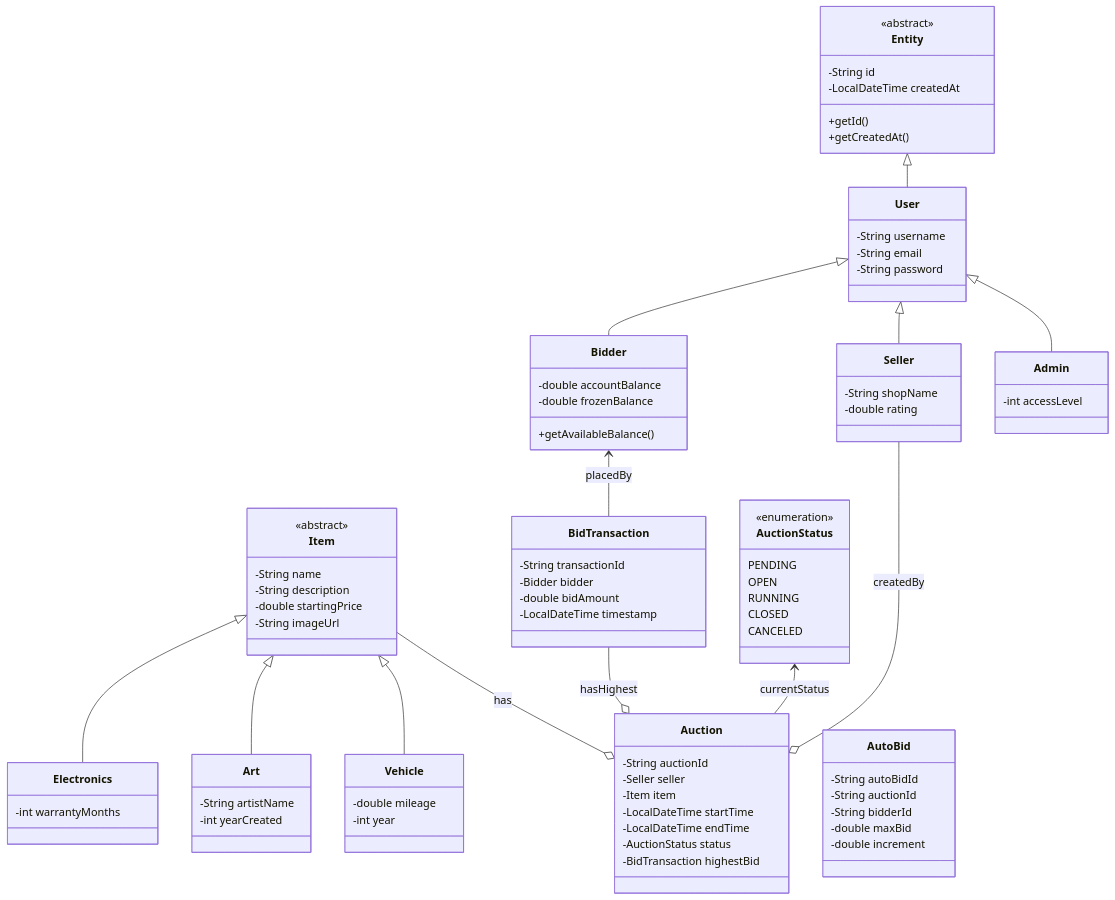
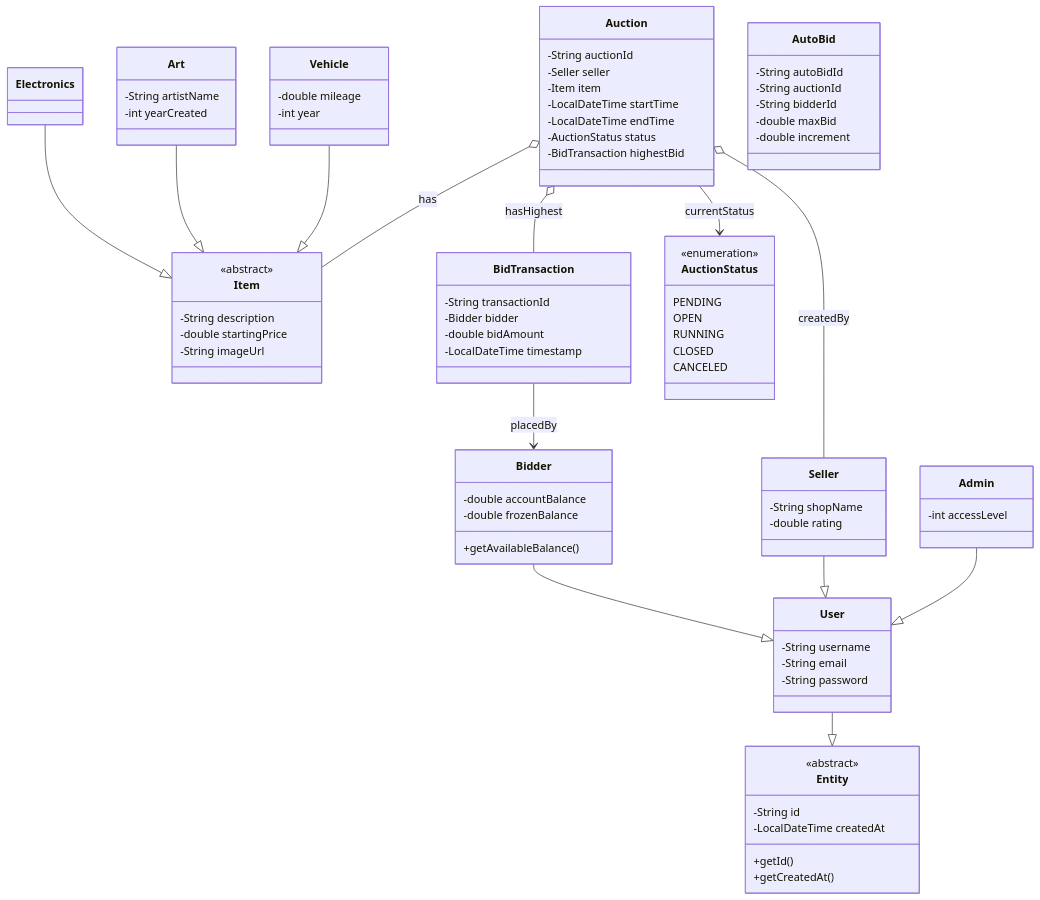
Before and after one commit to hninqk/BTLN4: the first of 3 diagrams in README.md, drawn with Mermaid. The commit also changed other lines of this file, not shown here.

First line of the commit message:
Polish README.md for improved clarity and flow

````diff
--- a/README.md
+++ b/README.md
@@ -106,7 +106,5 @@
 ```mermaid
 classDiagram
-direction BT
-
 %% Thực thể Cốt Lõi
 class Entity {
   <<abstract>>
@@ -145,14 +143,11 @@
 %% Sản phẩm (Kế thừa Item & Factory Pattern)
 class Item {
   <<abstract>>
-  -String name
   -String description
   -double startingPrice
   -String imageUrl
 }
-
 class Electronics {
-  -int warrantyMonths
 }
 
 class Art {
@@ -203,7 +198,6 @@
   CLOSED
   CANCELED
 }
-
 Auction o-- Item : has
 Auction o-- Seller : createdBy
 Auction o-- BidTransaction : hasHighest
````
